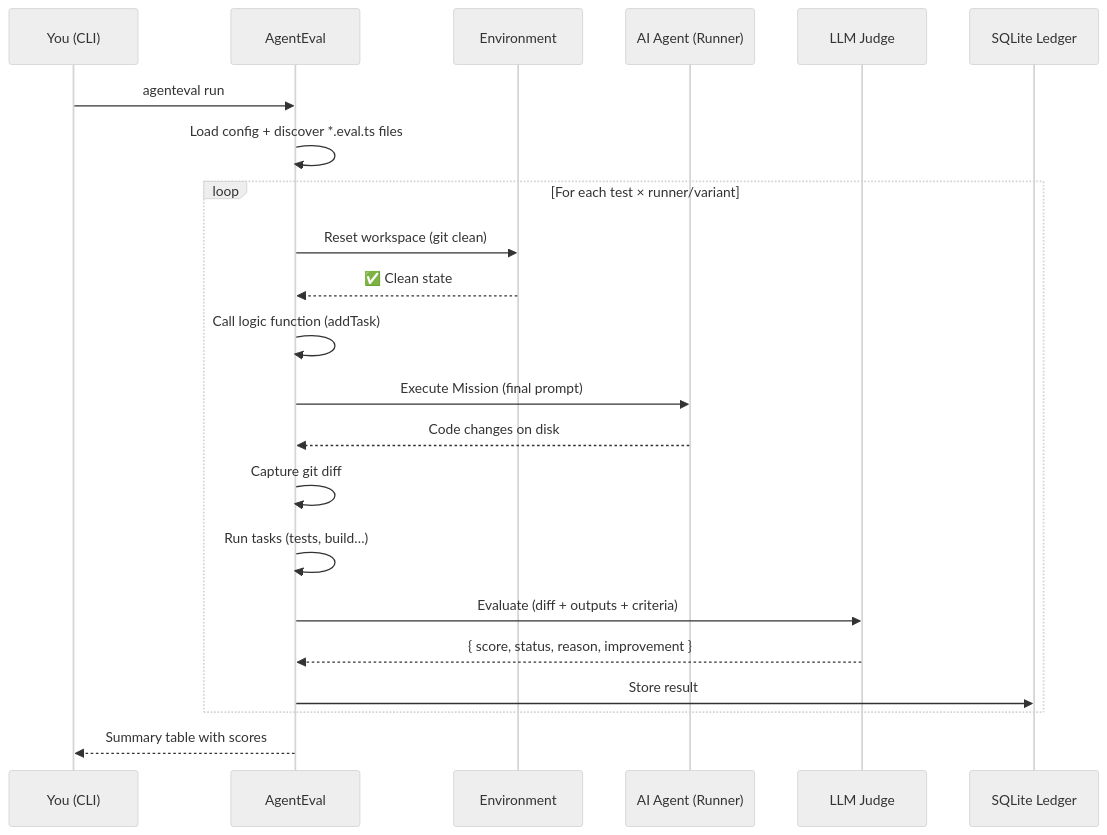
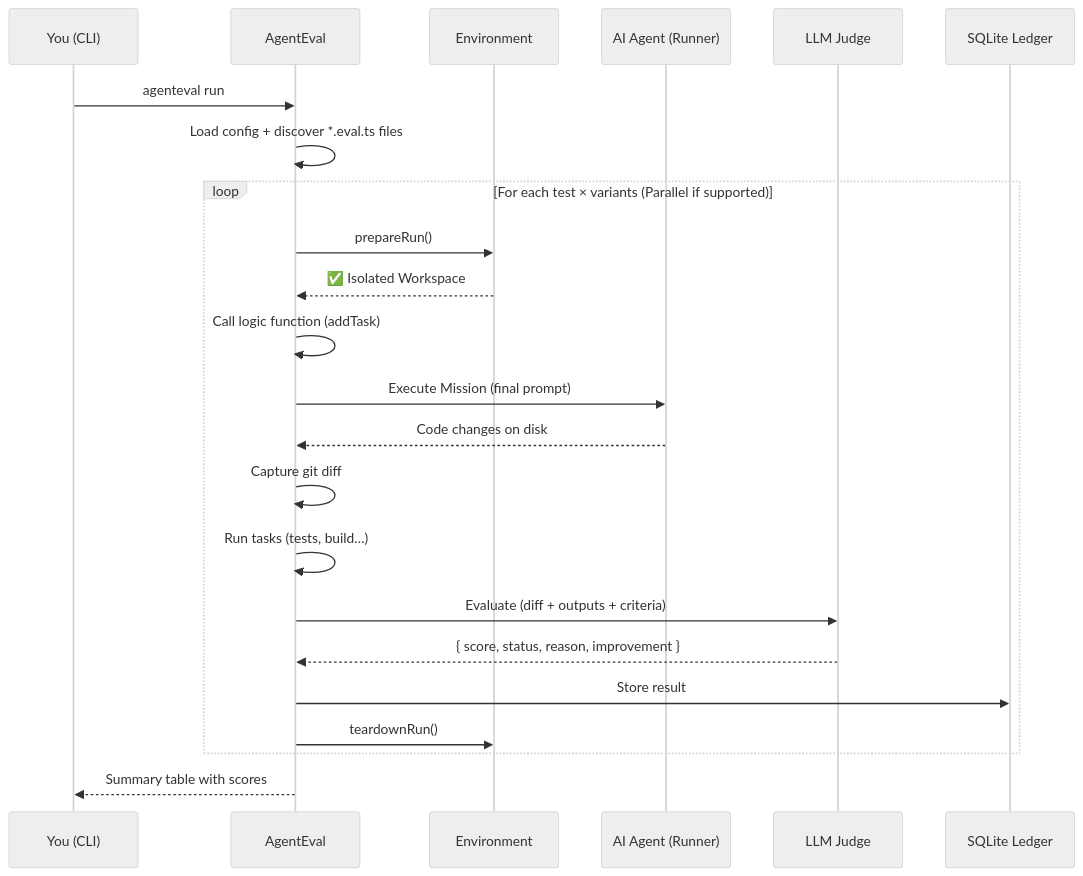
Before and after one commit to Tlahey/agent-eval: the third of 3 diagrams in apps/docs/guide/introduction.md, drawn with Mermaid (neutral theme). The commit also changed other lines of this file and 53 other files, not shown here.

First line of the commit message:
feat: unified mission-based testing and isolated parallel execution

````diff
--- a/apps/docs/guide/introduction.md
+++ b/apps/docs/guide/introduction.md
@@ -91,27 +90,28 @@
 ```mermaid
 sequenceDiagram
     participant CLI as You (CLI)
     participant AE as AgentEval
     participant ENV as Environment
     participant AGENT as AI Agent (Runner)
     participant JUDGE as LLM Judge
     participant DB as SQLite Ledger
 
     CLI->>AE: agenteval run
     AE->>AE: Load config + discover *.eval.ts files
 
-    loop For each test × runner/variant
-        AE->>ENV: Reset workspace (git clean)
-        ENV-->>AE: ✅ Clean state
+    loop For each test × variants (Parallel if supported)
+        AE->>ENV: prepareRun()
+        ENV-->>AE: ✅ Isolated Workspace
         AE->>AE: Call logic function (addTask)
         AE->>AGENT: Execute Mission (final prompt)
         AGENT-->>AE: Code changes on disk
         AE->>AE: Capture git diff
         AE->>AE: Run tasks (tests, build…)
         AE->>JUDGE: Evaluate (diff + outputs + criteria)
         JUDGE-->>AE: { score, status, reason, improvement }
         AE->>DB: Store result
+        AE->>ENV: teardownRun()
     end
 
     AE-->>CLI: Summary table with scores
 ```
````
